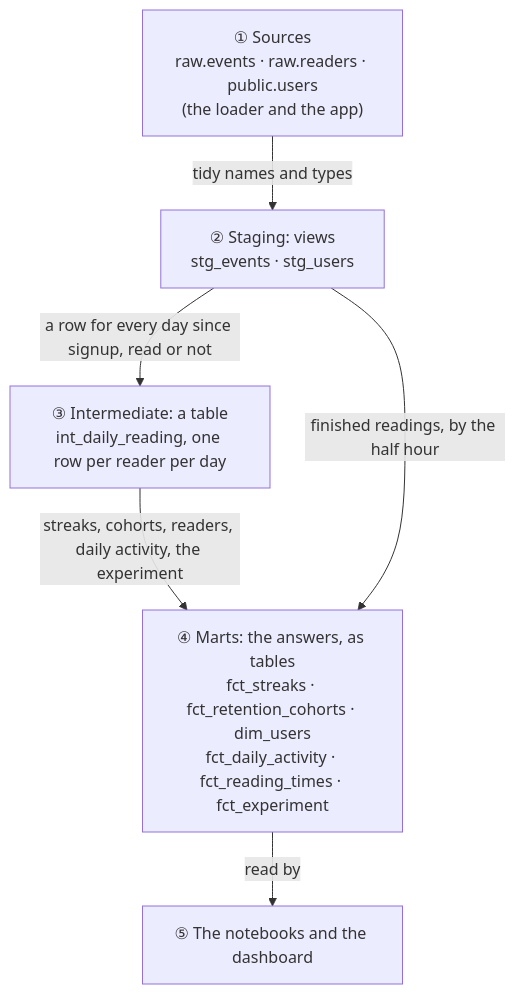
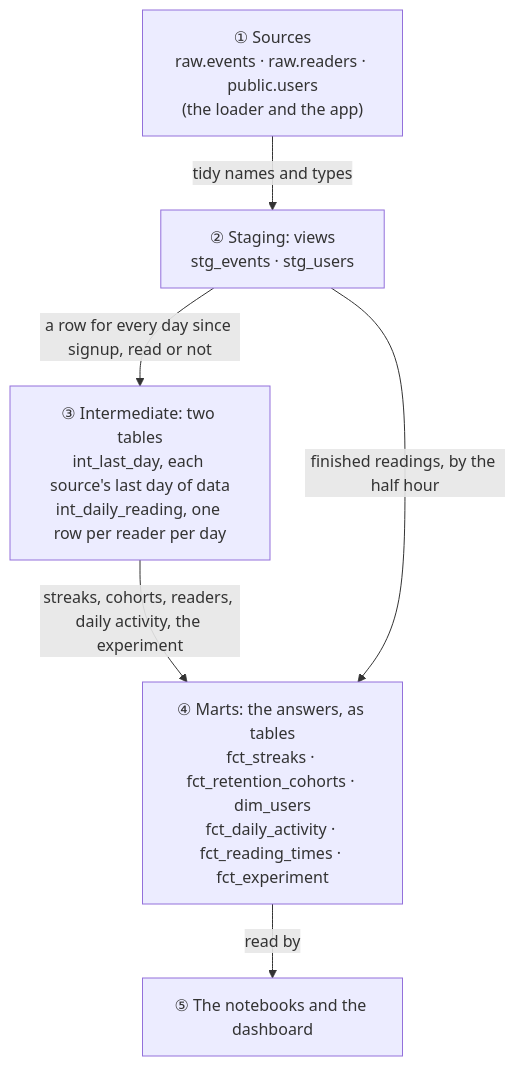
Before and after one commit to OGobidike/Morning-Manna: the diagram in analytics/README.md, drawn with Mermaid. The commit also changed other lines of this file and 9 other files, not shown here.

Commit message:
Give each source of readers its own last day of data (Card 6.5.3a) (#68)

````diff
--- a/analytics/README.md
+++ b/analytics/README.md
@@ -71,13 +71,13 @@
 ```mermaid
 flowchart TD
     S["① Sources<br/>raw.events · raw.readers · public.users<br/>(the loader and the app)"]
     G["② Staging: views<br/>stg_events · stg_users"]
-    I["③ Intermediate: a table<br/>int_daily_reading, one row per reader per day"]
+    I["③ Intermediate: two tables<br/>int_last_day, each source's last day of data<br/>int_daily_reading, one row per reader per day"]
     M["④ Marts: the answers, as tables<br/>fct_streaks · fct_retention_cohorts · dim_users<br/>fct_daily_activity · fct_reading_times · fct_experiment"]
     D["⑤ The notebooks and the dashboard"]
     S -->|tidy names and types| G
     G -->|a row for every day since signup, read or not| I
     I -->|streaks, cohorts, readers, daily activity, the experiment| M
     G -->|finished readings, by the half hour| M
     M -->|read by| D
 ```
````
